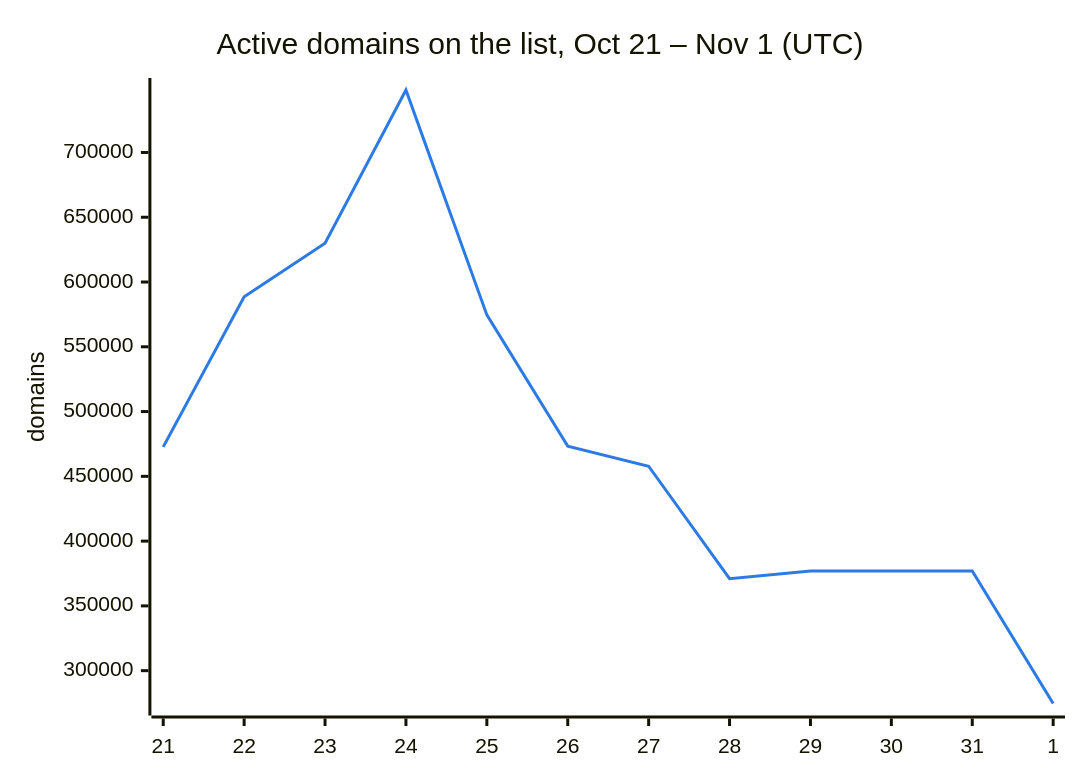
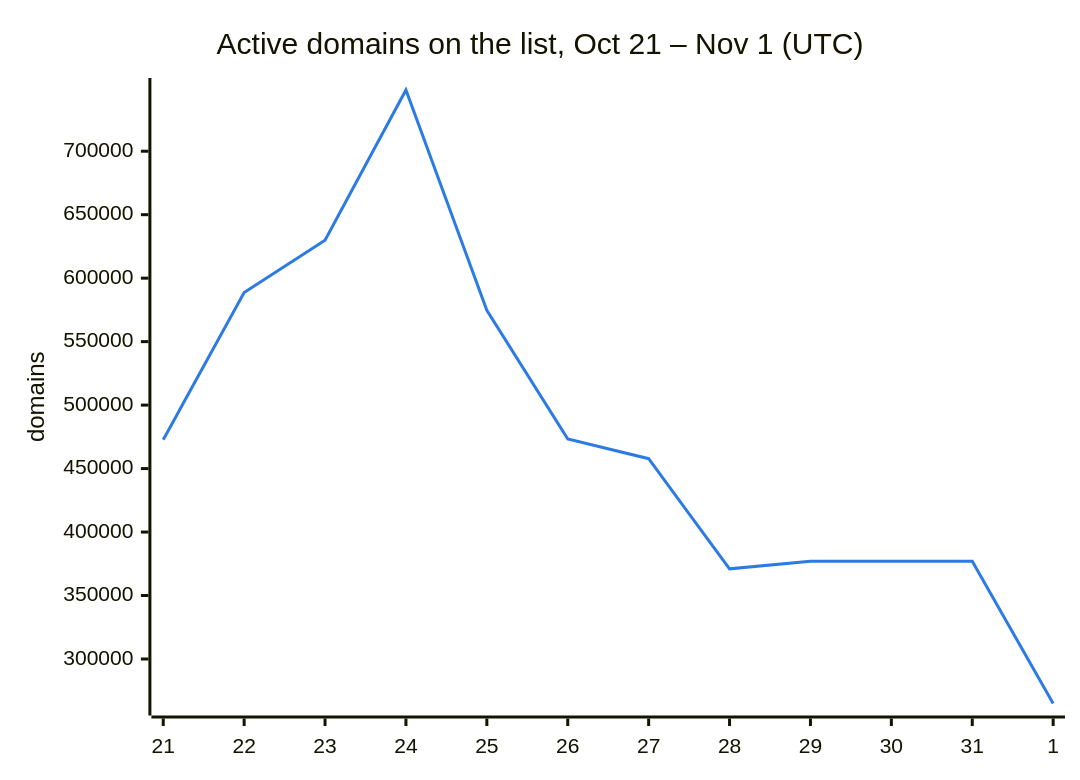
The second of 3 diagrams in README.md (DNSBunker/CTI), drawn with Mermaid before and after one commit. The commit also changed other lines of this file and 3 other files, not shown here.

````diff
--- a/README.md
+++ b/README.md
@@ -38,8 +38,8 @@
 ```mermaid
 %%{init: {"themeVariables": {"xyChart": {"plotColorPalette": "#2c7be5"}}}}%%
 xychart-beta
     title "Active domains on the list, Oct 21 – Nov 1 (UTC)"
     x-axis ["21", "22", "23", "24", "25", "26", "27", "28", "29", "30", "31", "1"]
     y-axis "domains"
-    line [472713, 588659, 629951, 748222, 574614, 473331, 457795, 371010, 376945, 376945, 376945, 274647]
+    line [472713, 588659, 629951, 748222, 574614, 473331, 457795, 371010, 376945, 376945, 376945, 264949]
 ```
````
